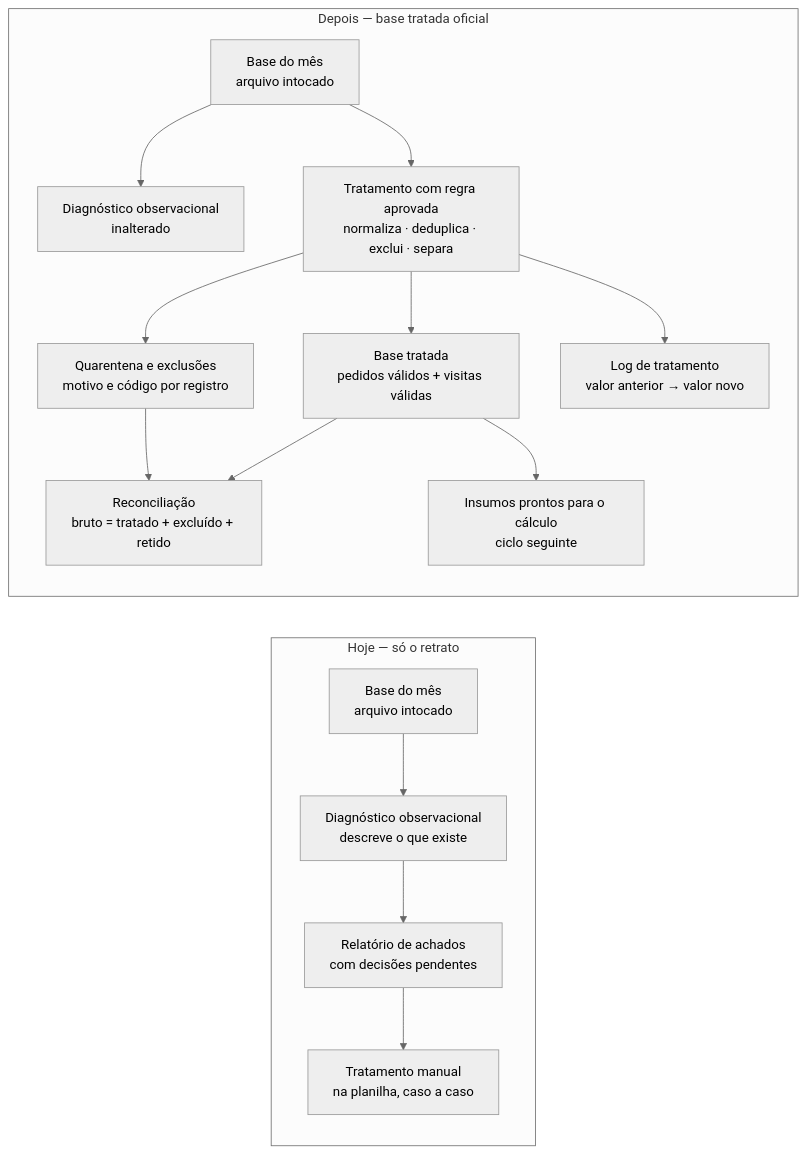
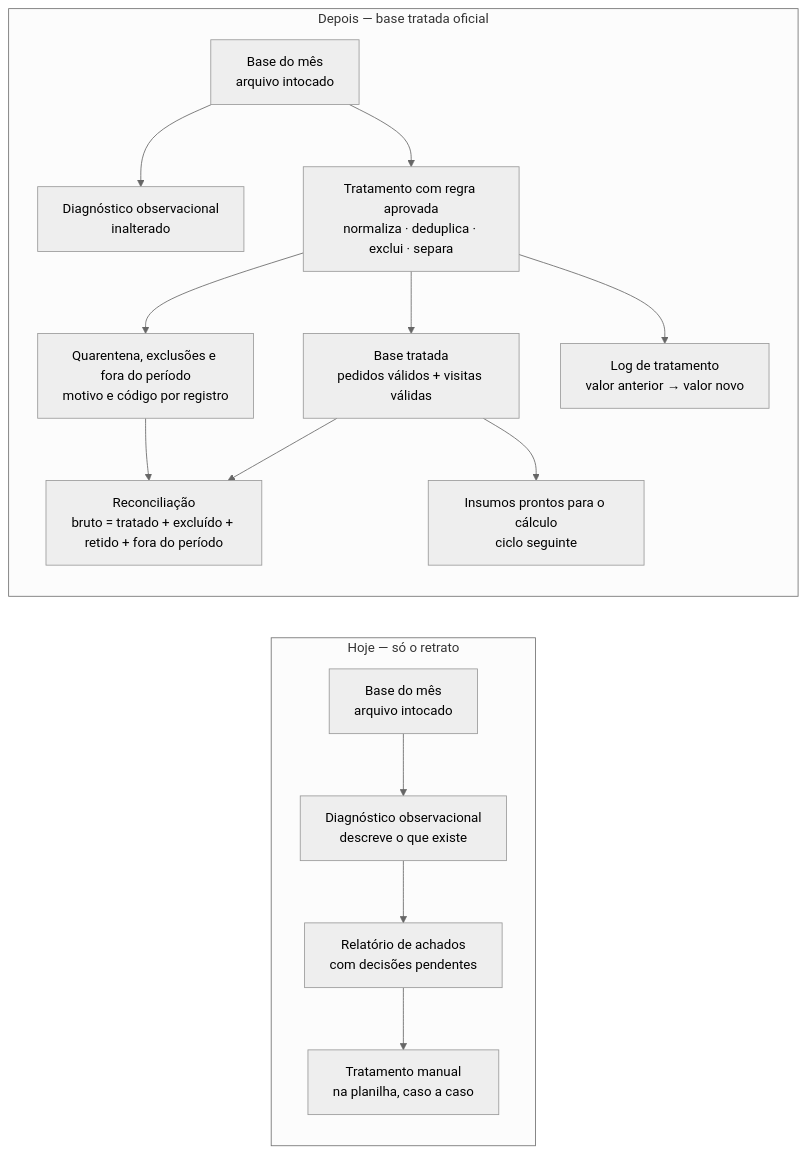
Before and after one commit to AuctaFerrari/aucta-init-test2: the diagram in docs/planos/base-tratada-oficial.md, drawn with Mermaid (neutral theme). The commit also changed other lines of this file, not shown here.

````diff
--- a/docs/planos/base-tratada-oficial.md
+++ b/docs/planos/base-tratada-oficial.md
@@ -37,18 +42,18 @@
 ```mermaid
 flowchart LR
     subgraph ANTES["Hoje — só o retrato"]
         A1[Base do mês<br/>arquivo intocado] --> A2[Diagnóstico observacional<br/>descreve o que existe]
         A2 --> A3[Relatório de achados<br/>com decisões pendentes]
         A3 --> A4[Tratamento manual<br/>na planilha, caso a caso]
     end
     subgraph DEPOIS["Depois — base tratada oficial"]
         B1[Base do mês<br/>arquivo intocado] --> B2[Diagnóstico observacional<br/>inalterado]
         B1 --> B3[Tratamento com regra aprovada<br/>normaliza · deduplica · exclui · separa]
         B3 --> B4[Base tratada<br/>pedidos válidos + visitas válidas]
-        B3 --> B5[Quarentena e exclusões<br/>motivo e código por registro]
+        B3 --> B5[Quarentena, exclusões e fora do período<br/>motivo e código por registro]
         B3 --> B6[Log de tratamento<br/>valor anterior → valor novo]
-        B4 --> B7[Reconciliação<br/>bruto = tratado + excluído + retido]
+        B4 --> B7[Reconciliação<br/>bruto = tratado + excluído + retido + fora do período]
         B5 --> B7
         B4 --> B8[Insumos prontos para o cálculo<br/>ciclo seguinte]
     end
 ```
````
